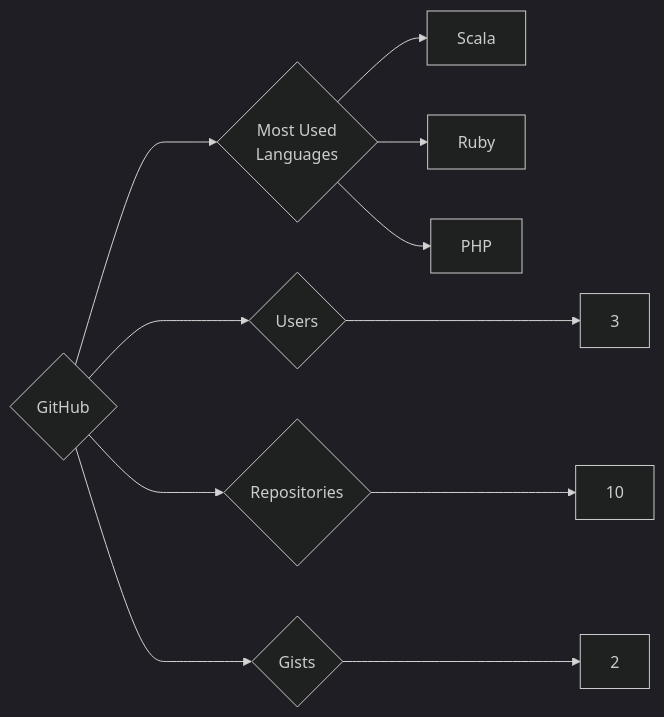
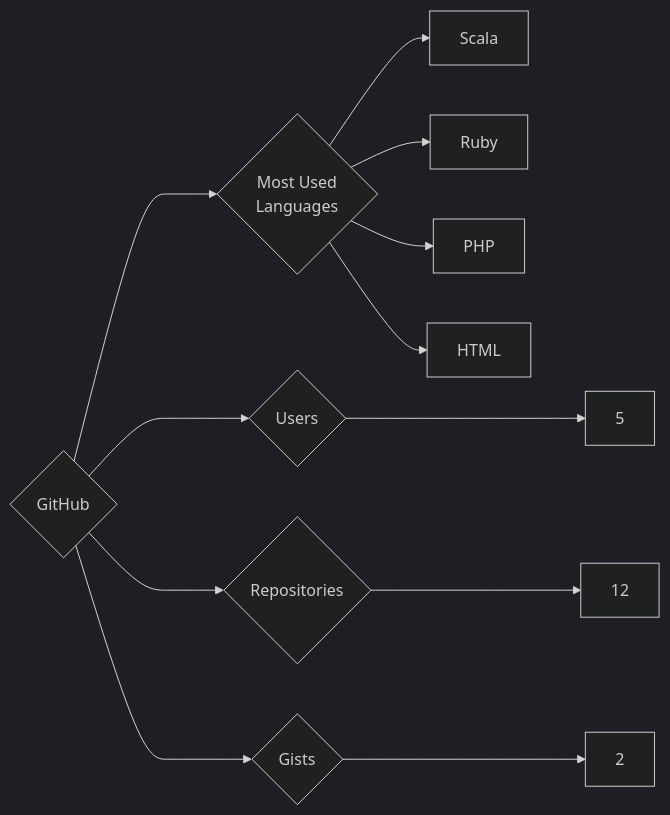
One commit to trickest/insiders changed the diagram in targets/GitHub/README.md. Above: the diagram before and after it, drawn with Mermaid (dark theme). The commit also changed 873 other files, not shown here.

````diff
--- a/targets/GitHub/README.md
+++ b/targets/GitHub/README.md
@@ -3,11 +3,12 @@
 ```mermaid
 graph LR
 COMPANY_NAME{GitHub}
-COMPANY_NAME ---> U{Users} ---> UN[3]
-COMPANY_NAME ---> R{Repositories} ---> RN[10]
+COMPANY_NAME ---> U{Users} ---> UN[5]
+COMPANY_NAME ---> R{Repositories} ---> RN[12]
 COMPANY_NAME ---> G{Gists} ---> GN[2]
 COMPANY_NAME ---> ML{Most Used<br>Languages}
 ML --> Scala[Scala]
 ML --> Ruby[Ruby]
 ML --> PHP[PHP]
+ML --> HTML[HTML]
 ```
````
